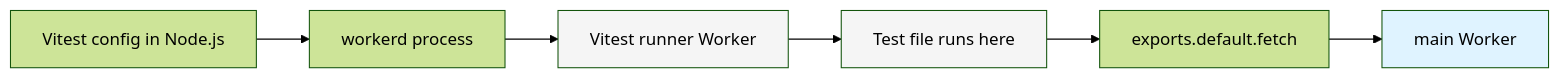
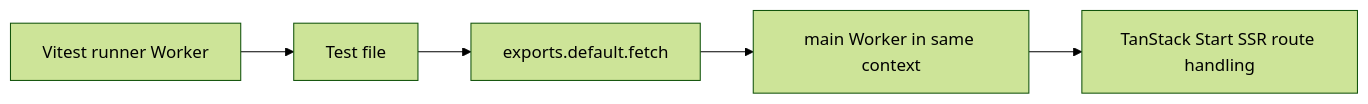
One commit to mw10013/tanstack-cloudflare-effect-saas changed the first of 3 diagrams in docs/vitest4-cloudflare-runtime-blocker.md. Above: the diagram before and after it, drawn with Mermaid (forest theme). The commit also changed other lines of this file and 1 other file, not shown here.

Commit message:
test: update smoke test to use toMatchObject for response validation

````diff
--- a/docs/vitest4-cloudflare-runtime-blocker.md
+++ b/docs/vitest4-cloudflare-runtime-blocker.md
@@ -61,12 +55,7 @@
 ```mermaid
 flowchart LR
-  A[Vitest config in Node.js] --> B[workerd process]
-  B --> C[Vitest runner Worker]
-  C --> D[Test file runs here]
-  D --> E[exports.default.fetch]
-  E --> F[main Worker]
-
-  style C fill:#f5f5f5
-  style D fill:#f5f5f5
-  style F fill:#dff3ff
+  A[Vitest runner Worker] --> B[Test file]
+  B --> C[exports.default.fetch]
+  C --> D[main Worker in same context]
+  D --> E[TanStack Start SSR route handling]
 ```
````
